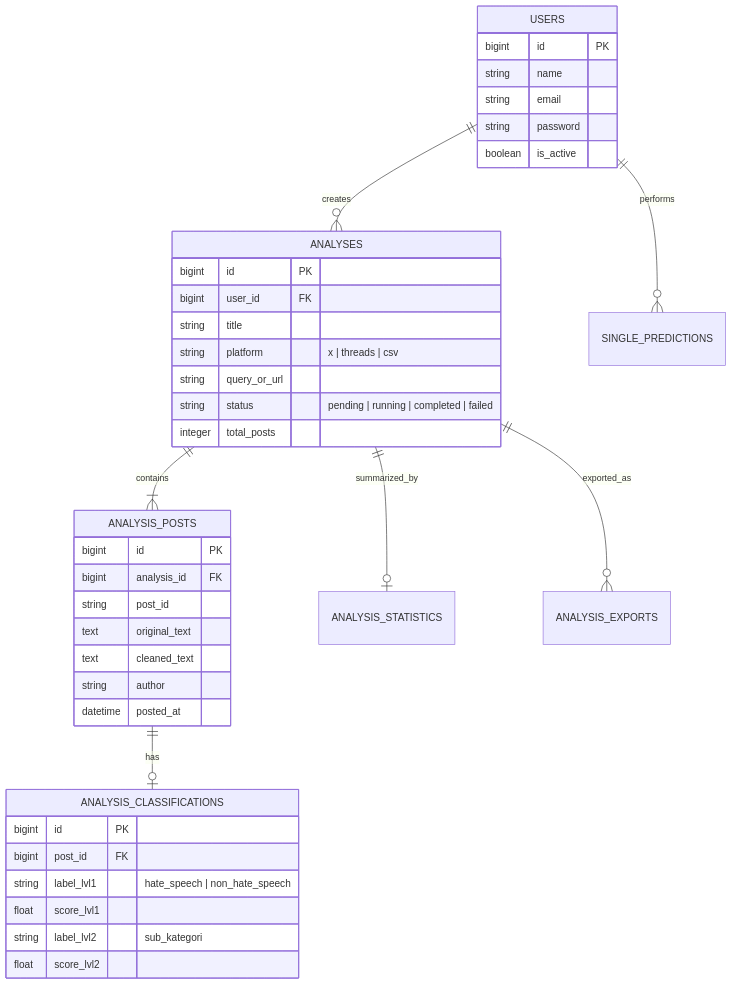
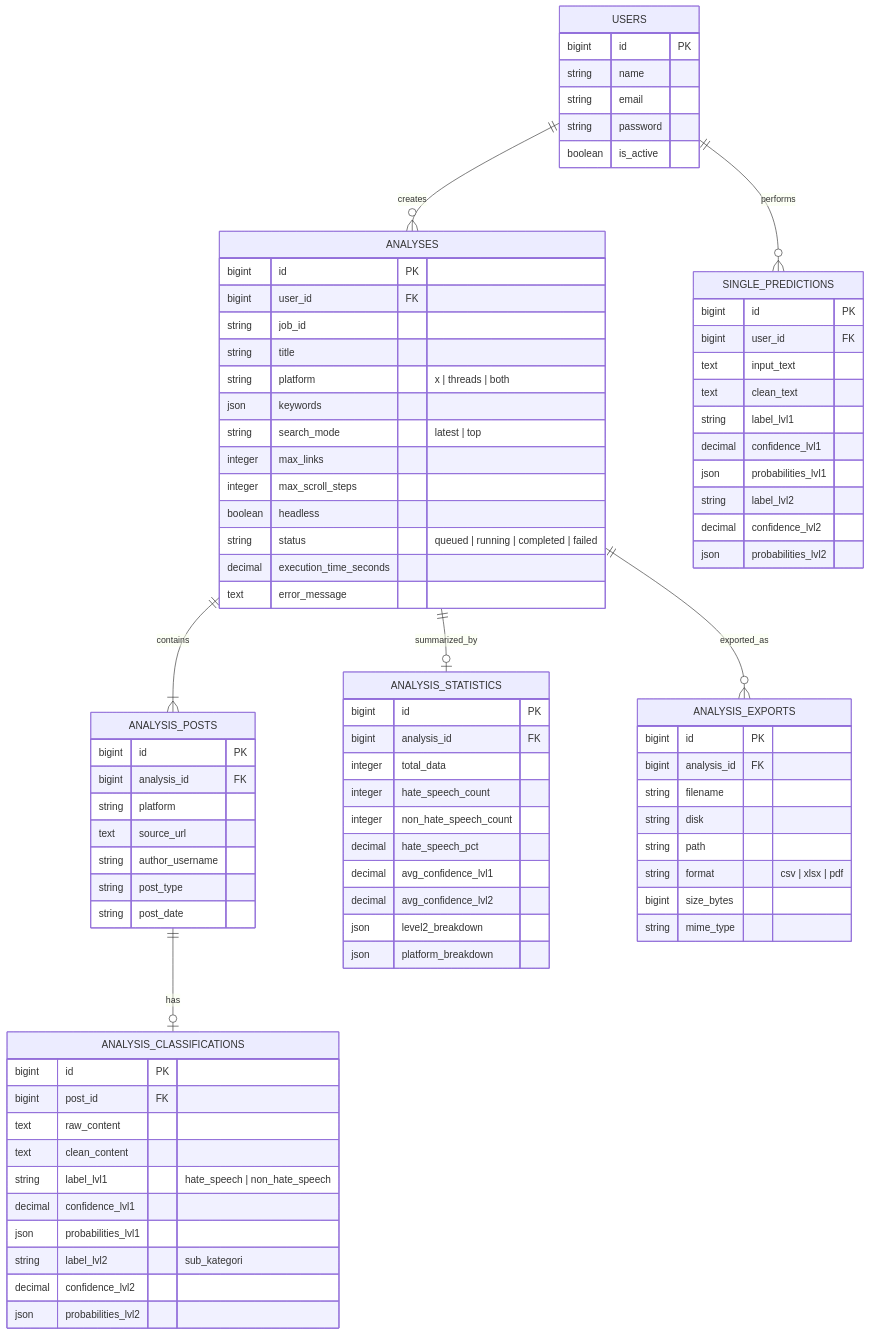
Before and after one commit to cipalipampam/hate-speech-detection: the diagram in frontend/README.md, drawn with Mermaid. The commit also changed other lines of this file and 47 other files, not shown here.

````diff
--- a/frontend/README.md
+++ b/frontend/README.md
@@ -160,29 +161,76 @@
     ANALYSES {
         bigint id PK
         bigint user_id FK
+        string job_id
         string title
-        string platform "x | threads | csv"
-        string query_or_url
-        string status "pending | running | completed | failed"
-        integer total_posts
+        string platform "x | threads | both"
+        json keywords
+        string search_mode "latest | top"
+        integer max_links
+        integer max_scroll_steps
+        boolean headless
+        string status "queued | running | completed | failed"
+        decimal execution_time_seconds
+        text error_message
     }
 
     ANALYSIS_POSTS {
         bigint id PK
         bigint analysis_id FK
-        string post_id
-        text original_text
-        text cleaned_text
-        string author
-        datetime posted_at
+        string platform
+        text source_url
+        string author_username
+        string post_type
+        string post_date
     }
 
     ANALYSIS_CLASSIFICATIONS {
         bigint id PK
         bigint post_id FK
+        text raw_content
+        text clean_content
         string label_lvl1 "hate_speech | non_hate_speech"
-        float score_lvl1
+        decimal confidence_lvl1
+        json probabilities_lvl1
         string label_lvl2 "sub_kategori"
-        float score_lvl2
+        decimal confidence_lvl2
+        json probabilities_lvl2
+    }
+
+    ANALYSIS_STATISTICS {
+        bigint id PK
+        bigint analysis_id FK
+        integer total_data
+        integer hate_speech_count
+        integer non_hate_speech_count
+        decimal hate_speech_pct
+        decimal avg_confidence_lvl1
+        decimal avg_confidence_lvl2
+        json level2_breakdown
+        json platform_breakdown
+    }
+
+    ANALYSIS_EXPORTS {
+        bigint id PK
+        bigint analysis_id FK
+        string filename
+        string disk
+        string path
+        string format "csv | xlsx | pdf"
+        bigint size_bytes
+        string mime_type
+    }
+
+    SINGLE_PREDICTIONS {
+        bigint id PK
+        bigint user_id FK
+        text input_text
+        text clean_text
+        string label_lvl1
+        decimal confidence_lvl1
+        json probabilities_lvl1
+        string label_lvl2
+        decimal confidence_lvl2
+        json probabilities_lvl2
     }
 ```
````
